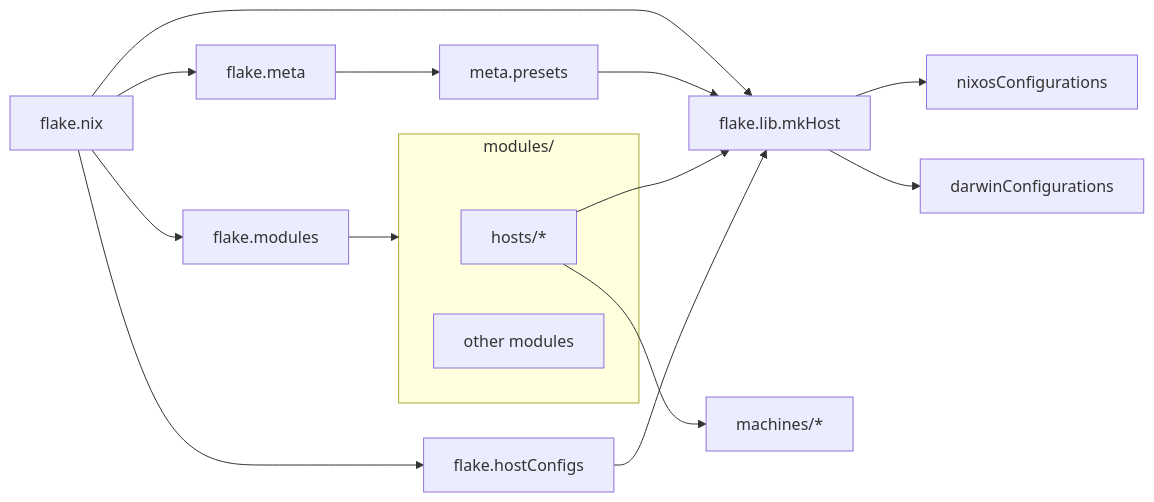
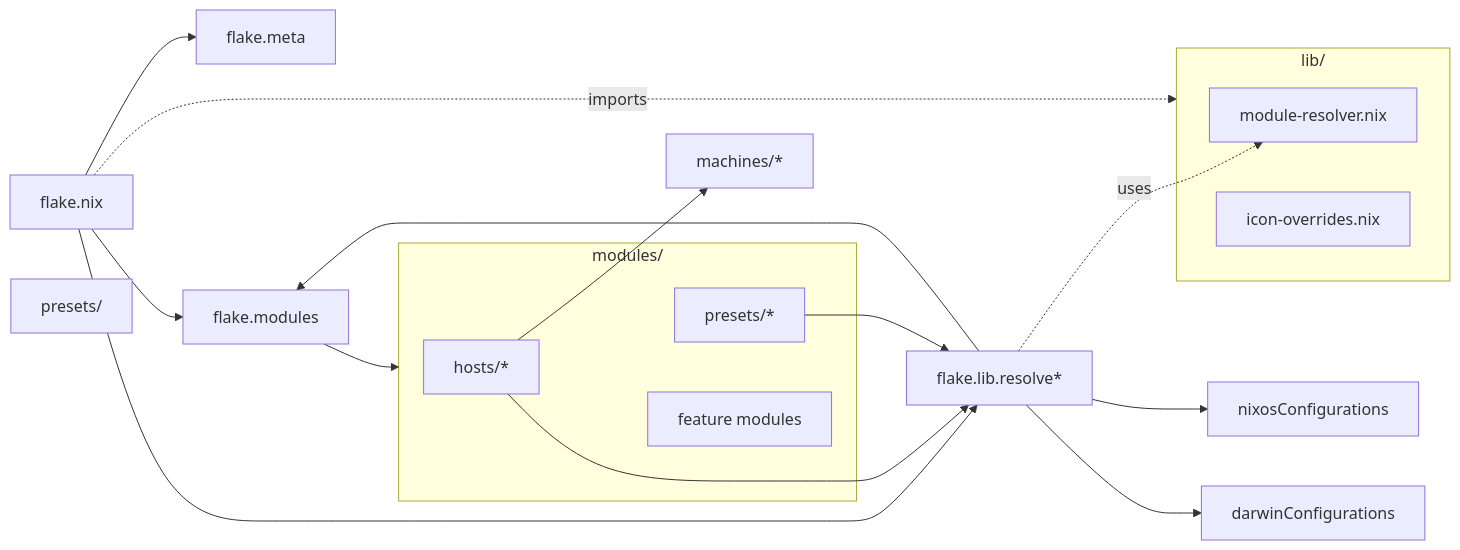
One commit to fbosch/nixos changed the diagram in README.md. Above: the diagram before and after it, drawn with Mermaid. The commit also changed other lines of this file and 8 other files, not shown here.

````diff
--- a/README.md
+++ b/README.md
@@ -41,32 +52,39 @@
 ```mermaid
 flowchart LR
   flake[flake.nix]
   meta[flake.meta]
   modules[flake.modules]
-  lib[flake.lib.mkHost]
-  hostConfigs[flake.hostConfigs]
-  presets[meta.presets]
+  libResolvers[flake.lib.resolve*]
+  presets[presets/]
+
+  subgraph pureLib[lib/]
+    moduleResolver[module-resolver.nix]
+    iconOverrides[icon-overrides.nix]
+  end
 
   subgraph moduleTree[modules/]
     hosts[hosts/*]
-    moduleset[other modules]
+    presetsModules[presets/*]
+    moduleset[feature modules]
   end
 
   machines[machines/*]
 
   flake --> meta
   flake --> modules
-  flake --> lib
-  flake --> hostConfigs
-
-  meta --> presets
-  presets --> lib
+  flake --> libResolvers
+  flake -.imports.-> pureLib
 
   modules --> moduleTree
-  hosts --> lib
+  moduleTree --> presetsModules
+  
+  hosts --> libResolvers
   hosts --> machines
-  hostConfigs --> lib
+  presetsModules --> libResolvers
 
-  lib --> nixosConfigs[nixosConfigurations]
-  lib --> darwinConfigs[darwinConfigurations]
+  libResolvers -.uses.-> moduleResolver
+  libResolvers --> modules
+
+  libResolvers --> nixosConfigs[nixosConfigurations]
+  libResolvers --> darwinConfigs[darwinConfigurations]
 ```
````
